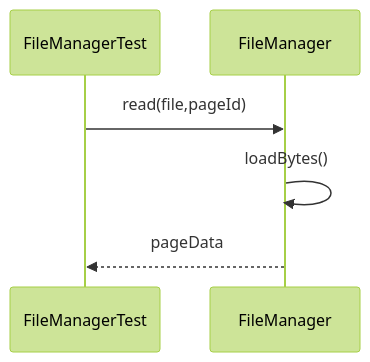
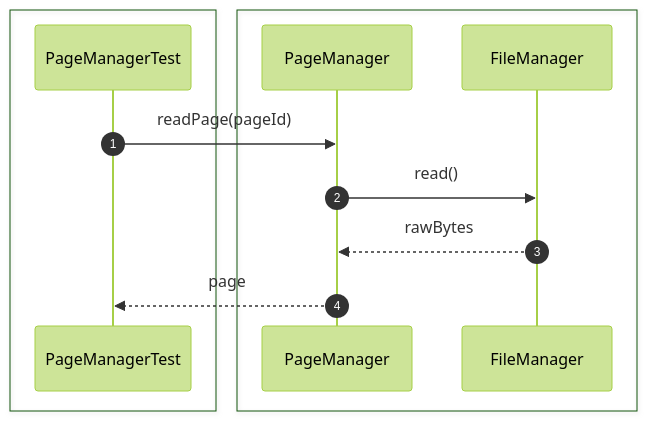
Diagram 14 of 52 in src/sequence/storage-engine.md (Huy1801214/dbms-architecture), drawn with Mermaid (forest theme) before and after one commit. The commit also changed other lines of this file and 10 other files, not shown here.

Commit message:
add comprehensive sequence diagrams and documentation for system architecture and unit testing specifications

````diff
--- a/src/sequence/storage-engine.md
+++ b/src/sequence/storage-engine.md
@@ -228,11 +238,17 @@
 ```mermaid
 sequenceDiagram
-    participant Test as FileManagerTest
-    participant File as FileManager
+    autonumber
 
-    Test->>File: read(file,pageId)
+    box #e1f5fe Test Suite
+    participant Test as PageManagerTest
+    end
+    box #e0f2f1 Storage Components
+    participant PageManager as PageManager
+    participant FileManager as FileManager
+    end
 
-    File->>File: loadBytes()
-
-    File-->>Test: pageData
+    Test->>PageManager: readPage(pageId)
+    PageManager->>FileManager: read()
+    FileManager-->>PageManager: rawBytes
+    PageManager-->>Test: page
 ```
````
